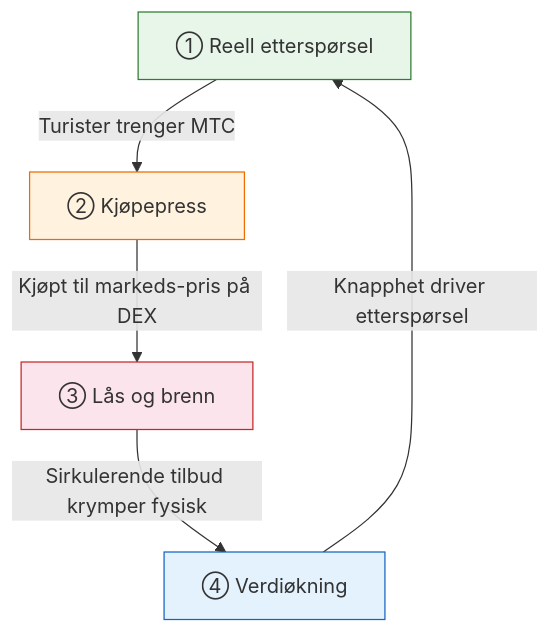
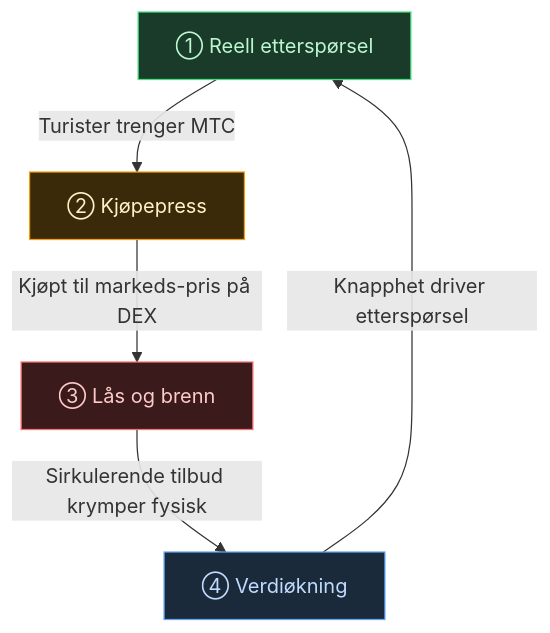
One commit to Cootakahashi/matsuri-dao-whitepaper changed the first of 2 diagrams in i18n/nb/docusaurus-plugin-content-docs/current/02-vision.md. Above: the diagram before and after it, drawn with Mermaid. The commit also changed 102 other files, not shown here.

````diff
--- a/i18n/nb/docusaurus-plugin-content-docs/current/02-vision.md
+++ b/i18n/nb/docusaurus-plugin-content-docs/current/02-vision.md
@@ -42,12 +42,12 @@
 ```mermaid
 graph TD
-    A["① Reell etterspørsel"] -->|Turister trenger MTC| B["② Kjøpepress"]
-    B -->|Kjøpt til markeds-pris på DEX| C["③ Lås og brenn"]
-    C -->|Sirkulerende tilbud krymper fysisk| D["④ Verdiøkning"]
+    A["① Reell etterspørsel"]:::step1 -->|Turister trenger MTC| B["② Kjøpepress"]:::step2
+    B -->|Kjøpt til markeds-pris på DEX| C["③ Lås og brenn"]:::step3
+    C -->|Sirkulerende tilbud krymper fysisk| D["④ Verdiøkning"]:::step4
     D -->|Knapphet driver etterspørsel| A
 
-    style A fill:#e8f5e9,stroke:#2e7d32
-    style B fill:#fff3e0,stroke:#ef6c00
-    style C fill:#fce4ec,stroke:#c62828
-    style D fill:#e3f2fd,stroke:#1565c0
+    classDef step1 fill:#1a3a2a,stroke:#4ade80,color:#bbf7d0
+    classDef step2 fill:#3a2a0a,stroke:#f59e0b,color:#fef3c7
+    classDef step3 fill:#3a1a1a,stroke:#f87171,color:#fecaca
+    classDef step4 fill:#1a2a3a,stroke:#60a5fa,color:#bfdbfe
 ```
````
